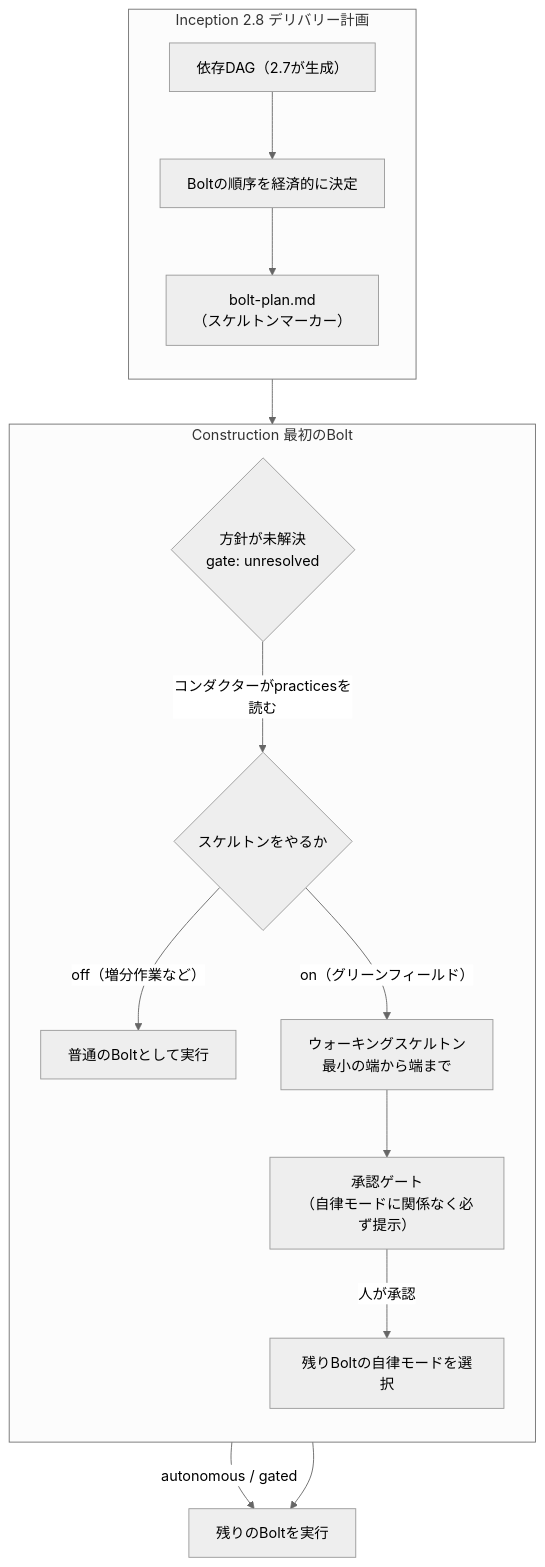
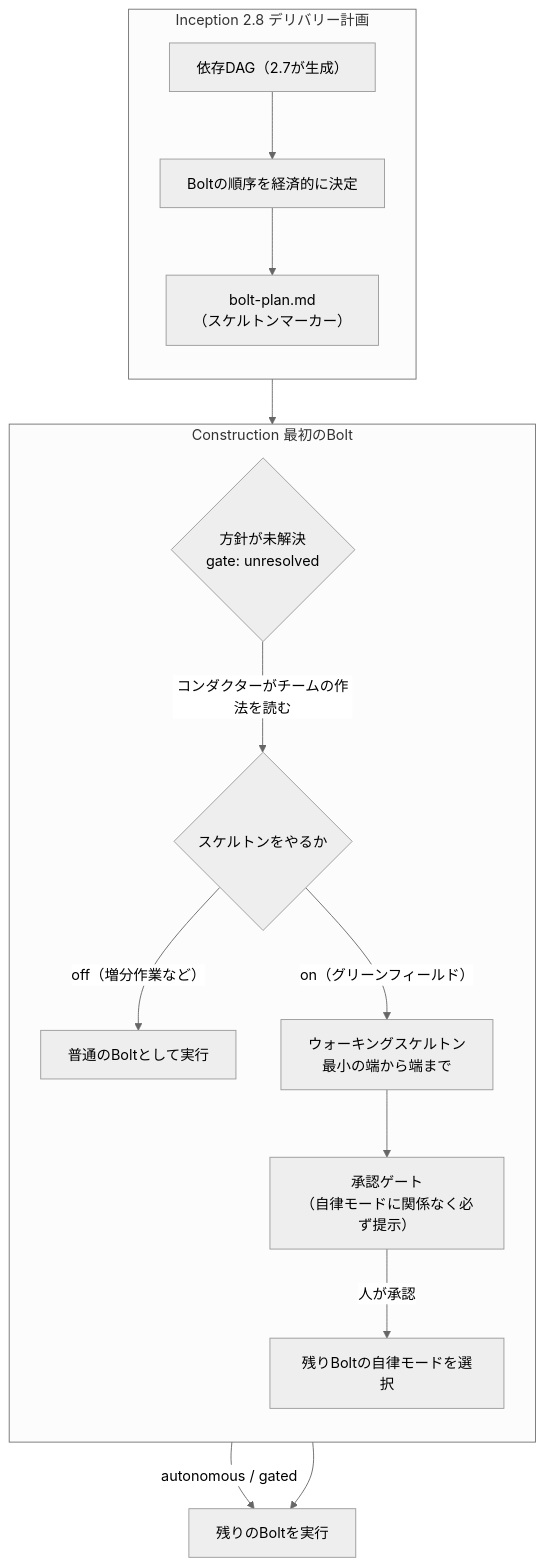
Before and after one commit to takeshishimada/qiita-docs: the diagram in public/aidlc-v2-08-walking-skeleton.md, drawn with Mermaid (neutral theme). The commit also changed other lines of this file and 23 other files, not shown here.

````diff
--- a/public/aidlc-v2-08-walking-skeleton.md
+++ b/public/aidlc-v2-08-walking-skeleton.md
@@ -40,20 +40,20 @@
 ```mermaid
 flowchart TD
     subgraph INC["Inception 2.8 デリバリー計画"]
         direction TB
         DAG["依存DAG（2.7が生成）"] --> SEQ["Boltの順序を経済的に決定"]
         SEQ --> PLAN["bolt-plan.md<br/>（スケルトンマーカー）"]
     end
     INC --> CON
     subgraph CON["Construction 最初のBolt"]
         direction TB
         UNRES{"方針が未解決<br/>gate: unresolved"}
-        UNRES -->|"コンダクターがpracticesを読む"| STANCE{"スケルトンをやるか"}
+        UNRES -->|"コンダクターがチームの作法を読む"| STANCE{"スケルトンをやるか"}
         STANCE -->|"off（増分作業など）"| NORMAL["普通のBoltとして実行"]
         STANCE -->|"on（グリーンフィールド）"| SKEL["ウォーキングスケルトン<br/>最小の端から端まで"]
         SKEL --> GATE["承認ゲート<br/>（自律モードに関係なく必ず提示）"]
         GATE -->|"人が承認"| LADDER["残りBoltの自律モードを選択"]
     end
     LADDER -->|"autonomous / gated"| REST["残りのBoltを実行"]
     NORMAL --> REST
 ```
````
